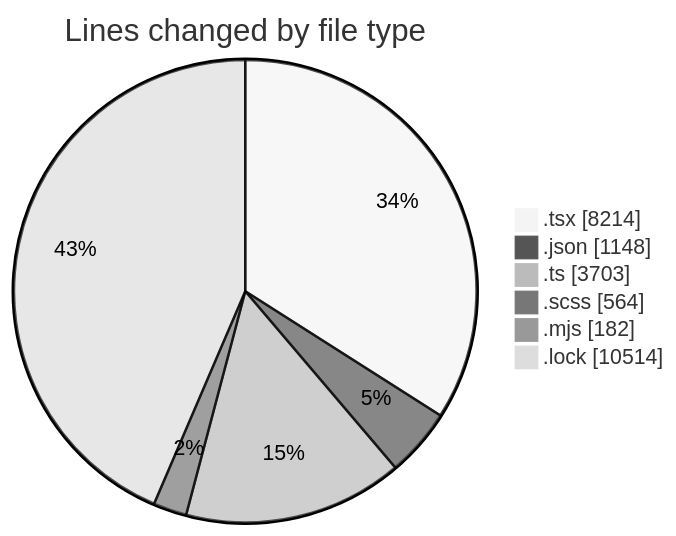
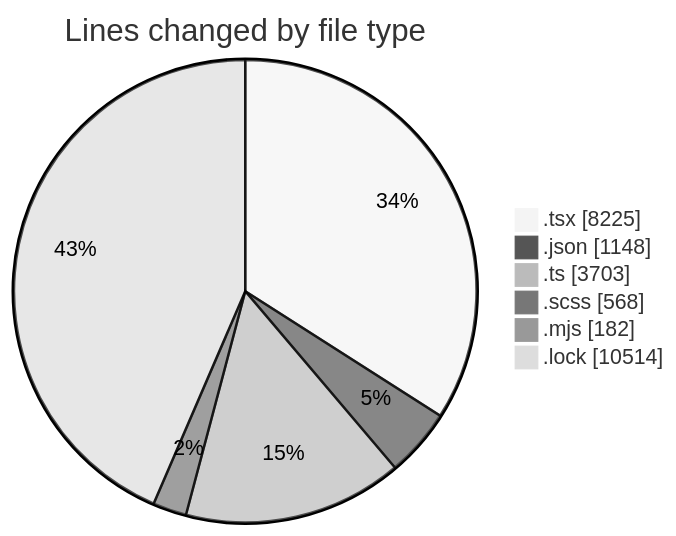
One commit to momahboobian/code-tracking changed the first of 2 diagrams in 2026-05-12/cda/README.md. Above: the diagram before and after it, drawn with Mermaid (neutral theme). The commit also changed other lines of this file and 1 other file, not shown here.

````diff
--- a/2026-05-12/cda/README.md
+++ b/2026-05-12/cda/README.md
@@ -52,10 +52,10 @@
 ```mermaid
 pie showData
 title Lines changed by file type
-".tsx" : 8214
+".tsx" : 8225
 ".json" : 1148
 ".ts" : 3703
-".scss" : 564
+".scss" : 568
 ".mjs" : 182
 ".lock" : 10514
 ```
````
